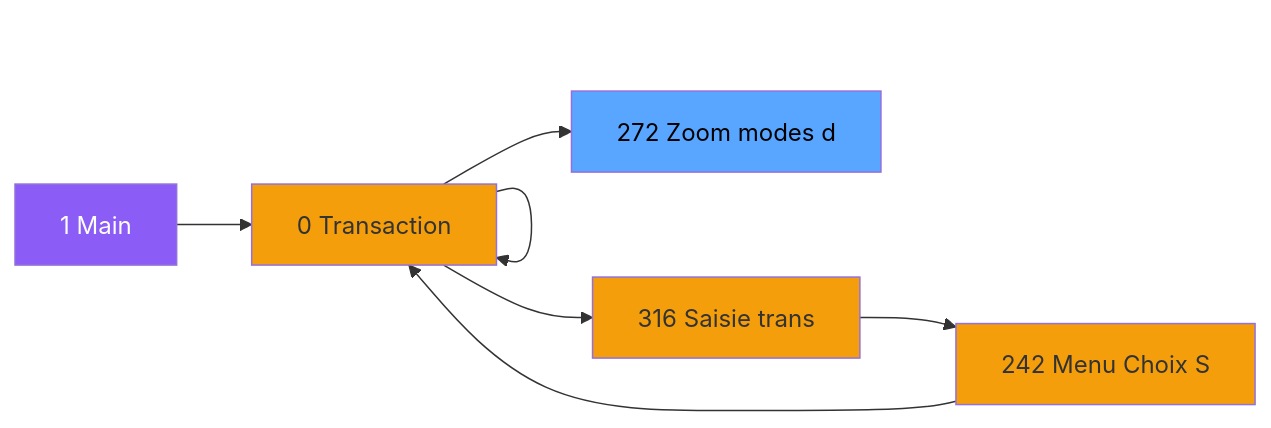
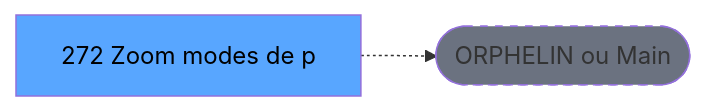
The second of 3 diagrams in .openspec/specs/ADH-IDE-272.md (thonyAGP/lecteur-magic), drawn with Mermaid before and after one commit. The commit also changed other lines of this file and 701 other files, not shown here.

````diff
--- a/.openspec/specs/ADH-IDE-272.md
+++ b/.openspec/specs/ADH-IDE-272.md
@@ -109,23 +120,8 @@
 ```mermaid
 graph LR
-    M[1 Main]
-    N0[0 Transaction ]
-    N0[0 Transaction ]
-    N316[316 Saisie trans]
-    N242[242 Menu Choix S]
-    N0[0 Transaction ]
-    T[272 Zoom modes d]
-    M --> N0
-    N0 --> N0
-    N0 --> N316
-    N316 --> N242
-    N242 --> N0
-    N0 --> T
-    style M fill:#8b5cf6,color:#fff
-    style N0 fill:#f59e0b
-    style N0 fill:#f59e0b
-    style N316 fill:#f59e0b
-    style N242 fill:#f59e0b
-    style N0 fill:#f59e0b
+    T[272 Zoom modes de p]
+    ORPHAN([ORPHELIN ou Main])
+    T -.-> ORPHAN
     style T fill:#58a6ff,color:#000
+    style ORPHAN fill:#6b7280,stroke-dasharray: 5 5
 ```
````
